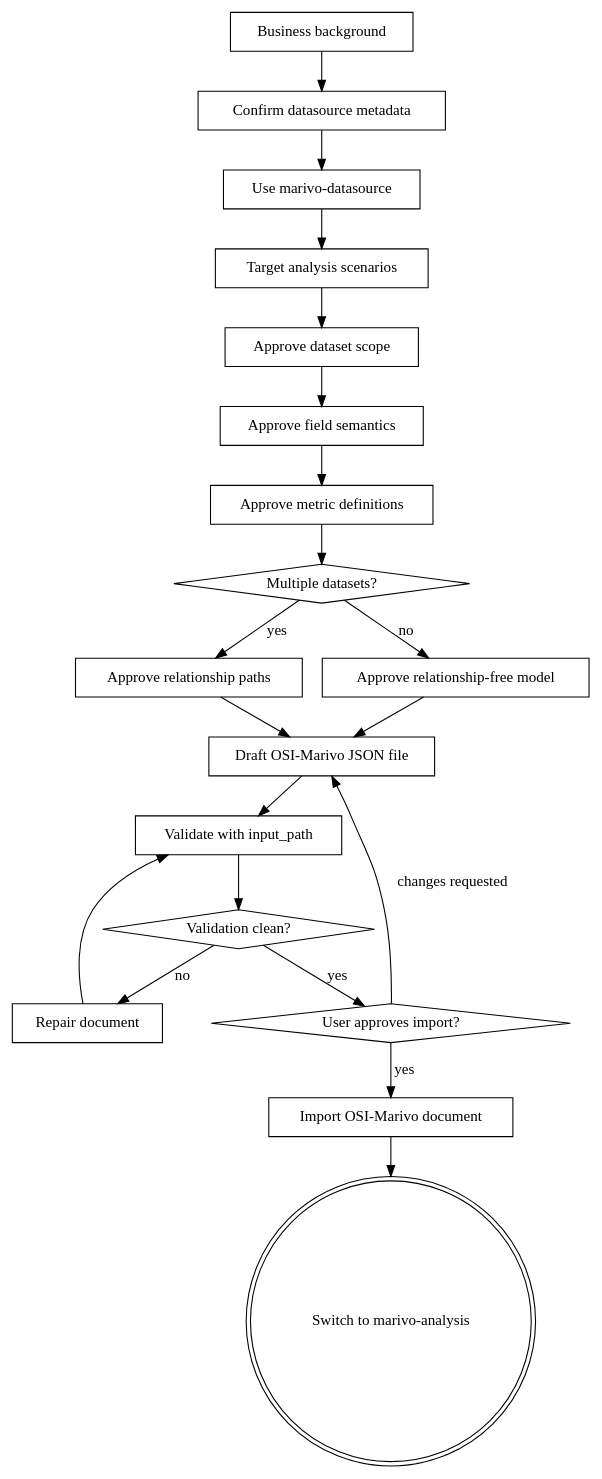
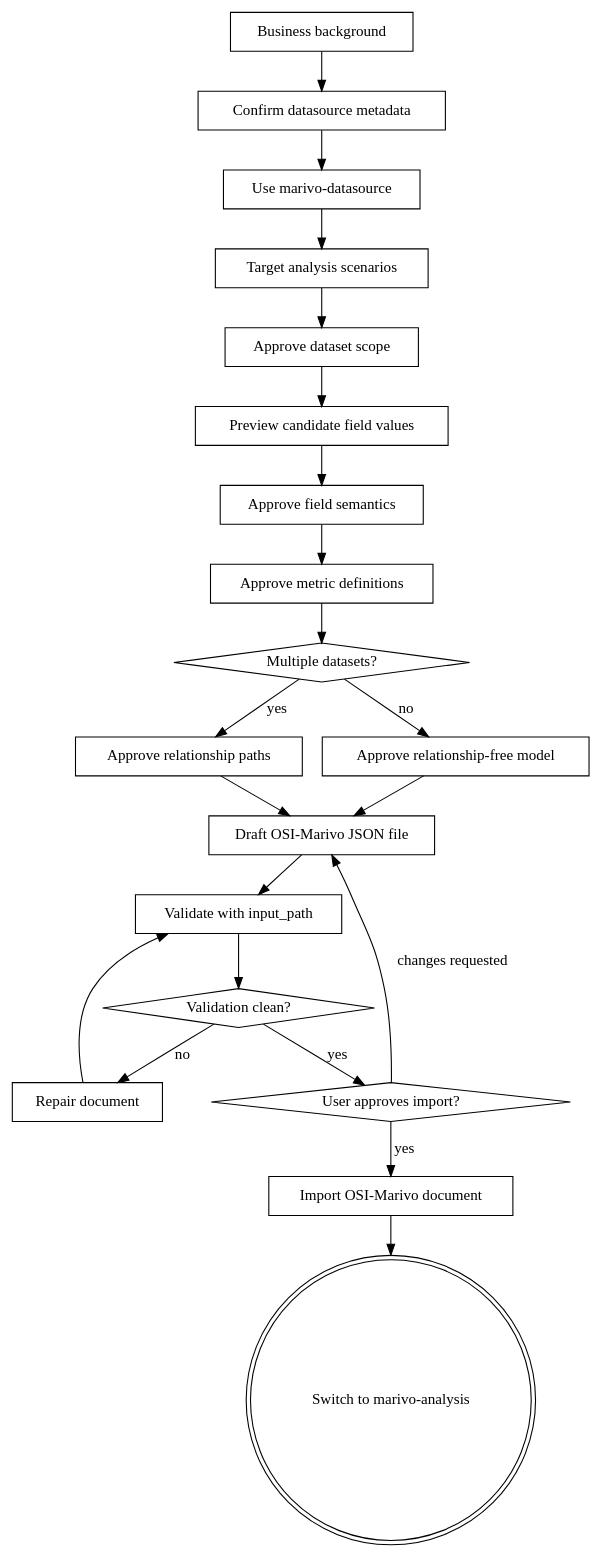
Before and after one commit to chengxianglibra/marivo: the diagram in marivo-skill/marivo-semantic-layer/SKILL.md, drawn with Graphviz. The commit also changed other lines of this file and 1 other file, not shown here.

Commit message:
docs: require preview before semantic field approval

````diff
--- a/marivo-skill/marivo-semantic-layer/SKILL.md
+++ b/marivo-skill/marivo-semantic-layer/SKILL.md
@@ -40,41 +42,43 @@
 ```dot
 digraph marivo_semantic_layer {
     "Business background" [shape=box];
     "Confirm datasource metadata" [shape=box];
     "Use marivo-datasource" [shape=box];
     "Target analysis scenarios" [shape=box];
     "Approve dataset scope" [shape=box];
+    "Preview candidate field values" [shape=box];
     "Approve field semantics" [shape=box];
     "Approve metric definitions" [shape=box];
     "Multiple datasets?" [shape=diamond];
     "Approve relationship paths" [shape=box];
     "Approve relationship-free model" [shape=box];
     "Draft OSI-Marivo JSON file" [shape=box];
     "Validate with input_path" [shape=box];
     "Validation clean?" [shape=diamond];
     "Repair document" [shape=box];
     "User approves import?" [shape=diamond];
     "Import OSI-Marivo document" [shape=box];
     "Switch to marivo-analysis" [shape=doublecircle];
 
     "Business background" -> "Confirm datasource metadata";
     "Confirm datasource metadata" -> "Use marivo-datasource";
     "Use marivo-datasource" -> "Target analysis scenarios";
     "Target analysis scenarios" -> "Approve dataset scope";
-    "Approve dataset scope" -> "Approve field semantics";
+    "Approve dataset scope" -> "Preview candidate field values";
+    "Preview candidate field values" -> "Approve field semantics";
     "Approve field semantics" -> "Approve metric definitions";
     "Approve metric definitions" -> "Multiple datasets?";
     "Multiple datasets?" -> "Approve relationship paths" [label="yes"];
     "Multiple datasets?" -> "Approve relationship-free model" [label="no"];
     "Approve relationship paths" -> "Draft OSI-Marivo JSON file";
     "Approve relationship-free model" -> "Draft OSI-Marivo JSON file";
     "Draft OSI-Marivo JSON file" -> "Validate with input_path";
     "Validate with input_path" -> "Validation clean?";
     "Validation clean?" -> "Repair document" [label="no"];
     "Repair document" -> "Validate with input_path";
     "Validation clean?" -> "User approves import?" [label="yes"];
     "User approves import?" -> "Import OSI-Marivo document" [label="yes"];
     "User approves import?" -> "Draft OSI-Marivo JSON file" [label="changes requested"];
     "Import OSI-Marivo document" -> "Switch to marivo-analysis";
 }
 ```
````
